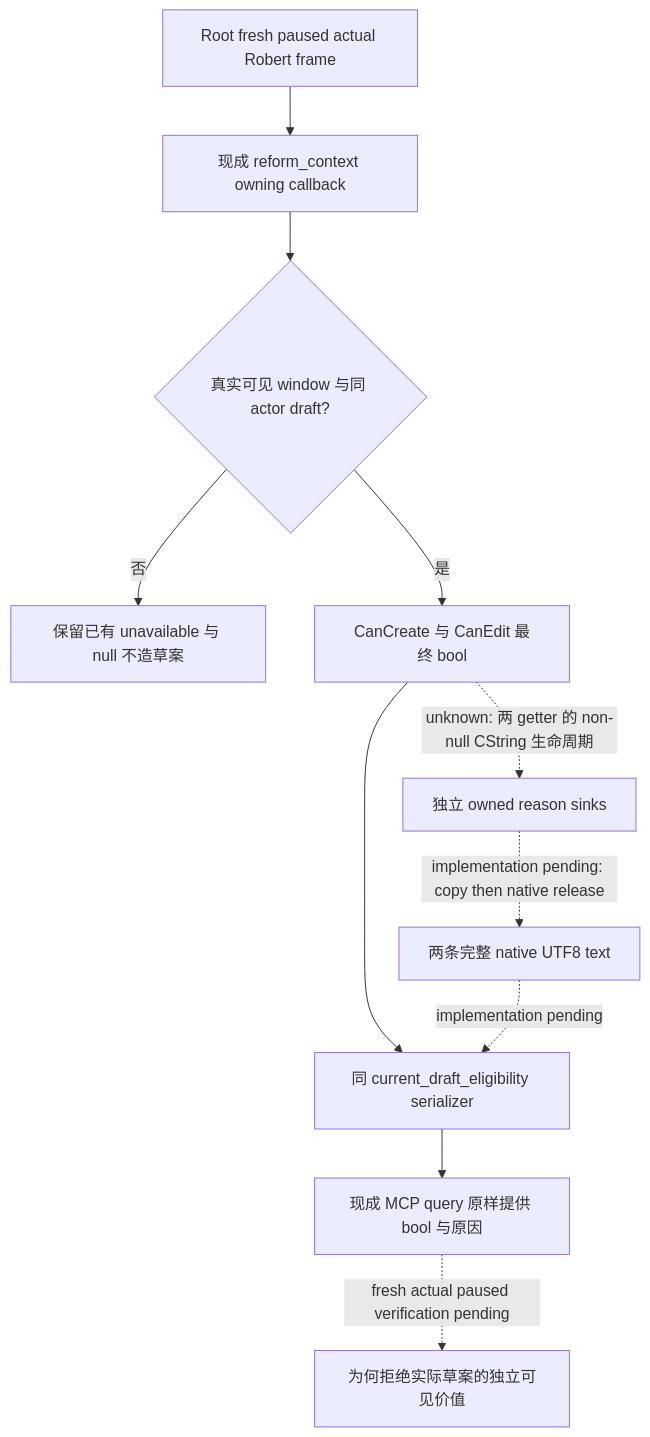
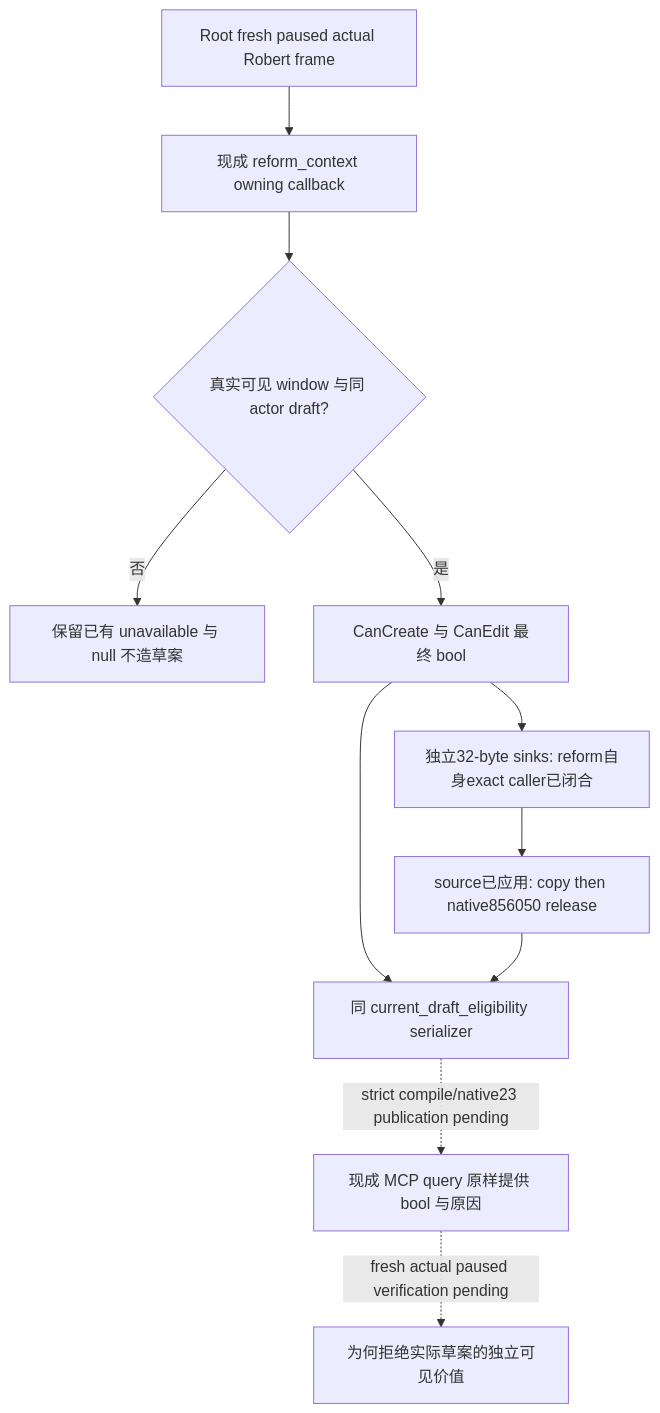
The diagram in docs/ck3-native-ai/religion-reform-final-reasons-native-ai-12003.md (XenoAmess/ck3_eternal_recurrence), drawn with Mermaid before and after one commit. The commit also changed other lines of this file and 23 other files, not shown here.

````diff
--- a/docs/ck3-native-ai/religion-reform-final-reasons-native-ai-12003.md
+++ b/docs/ck3-native-ai/religion-reform-final-reasons-native-ai-12003.md
@@ -30,13 +32,13 @@
 ```mermaid
 flowchart TD
     A[Root fresh paused actual Robert frame] --> B[现成 reform_context owning callback]
     B --> C{真实可见 window 与同 actor draft?}
     C -->|否| N[保留已有 unavailable 与 null 不造草案]
     C -->|是| G[CanCreate 与 CanEdit 最终 bool]
-    G -. unknown: 两 getter 的 non-null CString 生命周期 .-> S[独立 owned reason sinks]
-    S -. implementation pending: copy then native release .-> T[两条完整 native UTF8 text]
+    G --> S[独立32-byte sinks: reform自身exact caller已闭合]
+    S --> T[source已应用: copy then native856050 release]
     G --> Q[同 current_draft_eligibility serializer]
-    T -. implementation pending .-> Q
-    Q --> M[现成 MCP query 原样提供 bool 与原因]
+    T --> Q
+    Q -. strict compile/native23 publication pending .-> M[现成 MCP query 原样提供 bool 与原因]
     M -. fresh actual paused verification pending .-> V[为何拒绝实际草案的独立可见价值]
 ```
````
